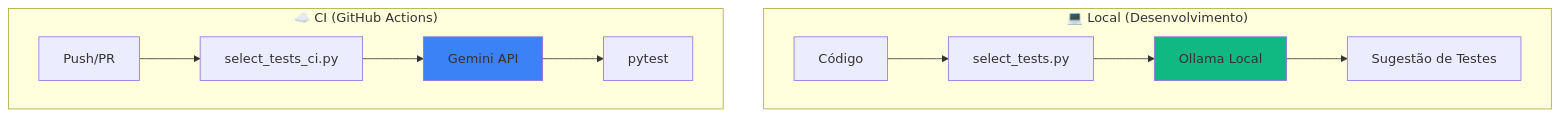
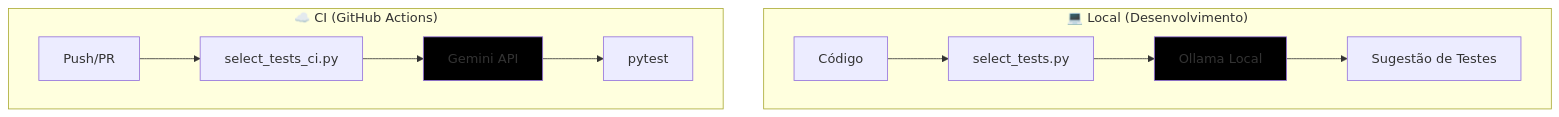
The sixth of 6 diagrams in VIDEO-7.1-PASSO-A-PASSO-v3.md (josenetoo/fiap-dclt-aula07), drawn with Mermaid before and after one commit. The commit also changed other lines of this file and 5 other files, not shown here.

````diff
--- a/VIDEO-7.1-PASSO-A-PASSO-v3.md
+++ b/VIDEO-7.1-PASSO-A-PASSO-v3.md
@@ -520,17 +520,17 @@
 ```mermaid
 graph TB
     subgraph "💻 Local (Desenvolvimento)"
         A[Código] --> B[select_tests.py]
         B --> C[Ollama Local]
         C --> D[Sugestão de Testes]
     end
     
     subgraph "☁️ CI (GitHub Actions)"
         E[Push/PR] --> F[select_tests_ci.py]
         F --> G[Gemini API]
         G --> H[pytest]
     end
     
-    style C fill:#10b981
-    style G fill:#3b82f6
+    style C fill:#000000
+    style G fill:#000000
 ```
````
